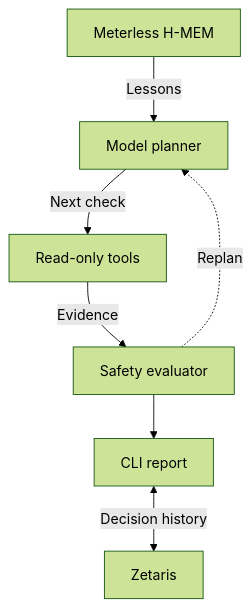
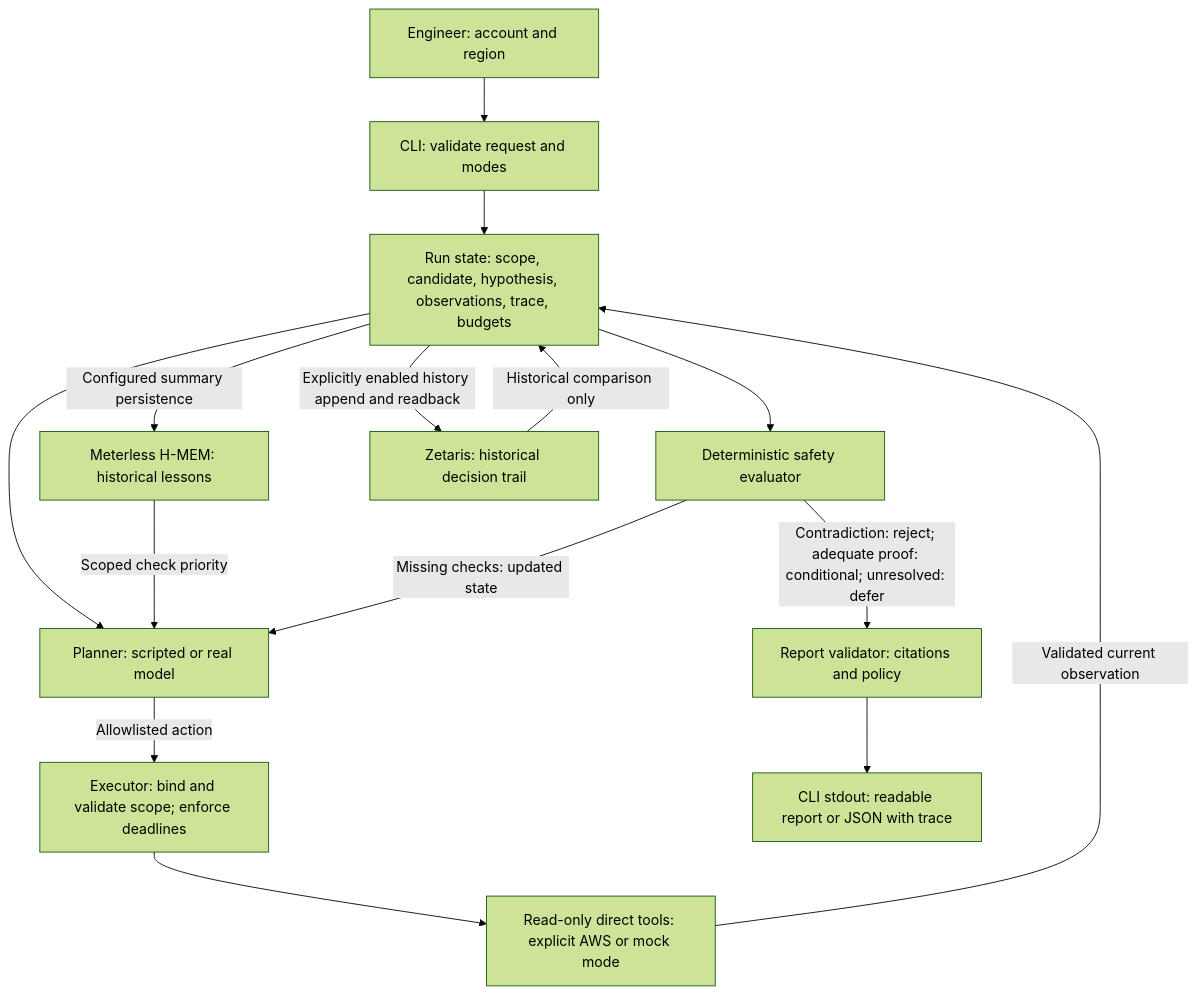
One commit to milaforge/cloud-cost-investigator changed the diagram in docs/components.md. Above: the diagram before and after it, drawn with Mermaid (forest theme). The commit also changed other lines of this file and 28 other files, not shown here.

````diff
--- a/docs/components.md
+++ b/docs/components.md
@@ -9,9 +7,17 @@
 ```mermaid
 flowchart TD
-    M[Meterless H-MEM] -->|Lessons| P[Model planner]
-    P -->|Next check| T[Read-only tools]
-    T -->|Evidence| E[Safety evaluator]
-    E -.->|Replan| P
-    E --> R[CLI report]
-    R <-->|Decision history| Z[Zetaris]
+    U[Engineer: account and region] --> C[CLI: validate request and modes]
+    C --> S[Run state: scope, candidate, hypothesis, observations, trace, budgets]
+    S --> P[Planner: scripted or real model]
+    H[Meterless H-MEM: historical lessons] -->|Scoped check priority| P
+    P -->|Allowlisted action| X[Executor: bind and validate scope; enforce deadlines]
+    X --> T[Read-only direct tools: explicit AWS or mock mode]
+    T -->|Validated current observation| S
+    S --> E[Deterministic safety evaluator]
+    E -->|Missing checks: updated state| P
+    E -->|Contradiction: reject; adequate proof: conditional; unresolved: defer| V[Report validator: citations and policy]
+    V --> R[CLI stdout: readable report or JSON with trace]
+    Z[Zetaris: historical decision trail] -->|Historical comparison only| S
+    S -->|Configured summary persistence| H
+    S -->|Explicitly enabled history append and readback| Z
 ```
````
